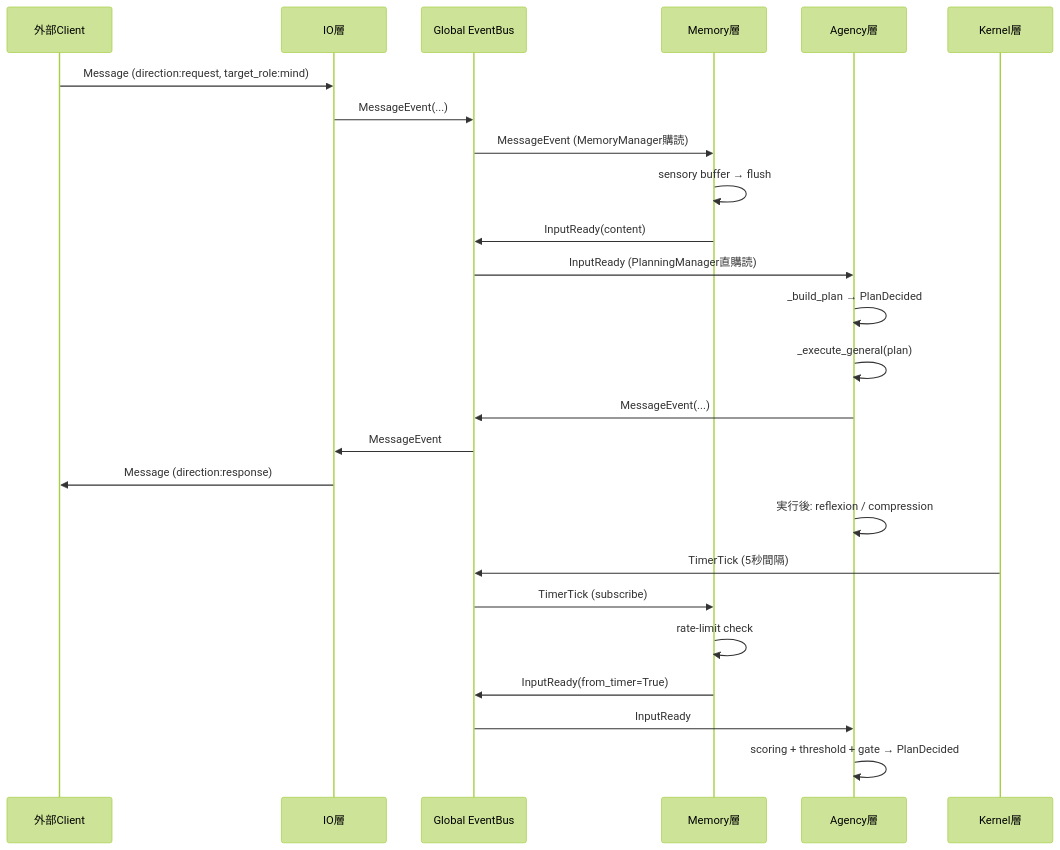
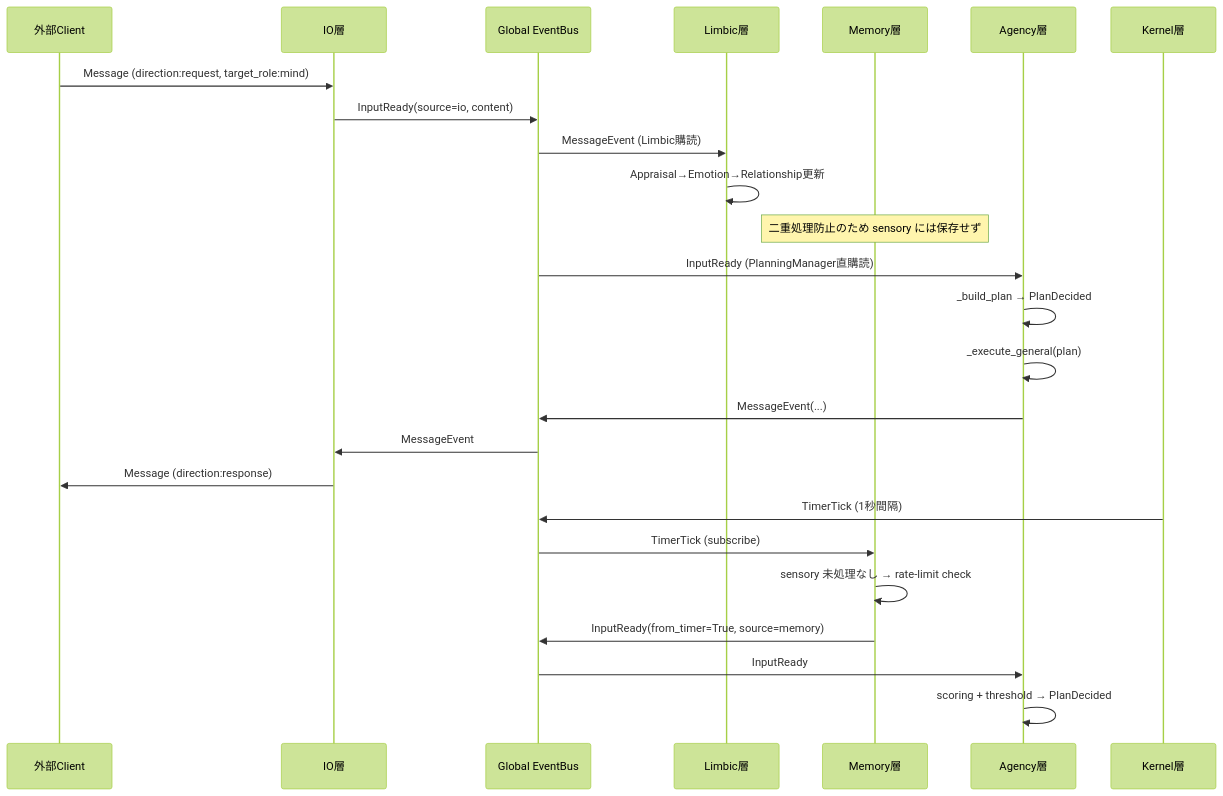
Before and after one commit to ibukani/iris-mind: the second of 4 diagrams in docs/architecture.md, drawn with Mermaid (forest theme). The commit also changed other lines of this file and 359 other files, not shown here.

````diff
--- a/docs/architecture.md
+++ b/docs/architecture.md
@@ -90,29 +101,29 @@
 ```mermaid
 sequenceDiagram
     participant TCP as 外部Client
     participant IO as IO層
     participant EB as Global EventBus
+    participant LIM as Limbic層
     participant MEM as Memory層
     participant AG as Agency層
     participant KRN as Kernel層
 
     TCP->>IO: Message (direction:request, target_role:mind)
-    IO->>EB: MessageEvent(...)
-    EB->>MEM: MessageEvent (MemoryManager購読)
-    MEM->>MEM: sensory buffer → flush
-    MEM->>EB: InputReady(content)
+    IO->>EB: InputReady(source=io, content)
+    EB->>LIM: MessageEvent (Limbic購読)
+    LIM->>LIM: Appraisal→Emotion→Relationship更新
+    Note over MEM: 二重処理防止のため sensory には保存せず
     EB->>AG: InputReady (PlanningManager直購読)
     AG->>AG: _build_plan → PlanDecided
     AG->>AG: _execute_general(plan)
     AG->>EB: MessageEvent(...)
     EB->>IO: MessageEvent
     IO->>TCP: Message (direction:response)
-    AG->>AG: 実行後: reflexion / compression
 
-    KRN->>EB: TimerTick (5秒間隔)
+    KRN->>EB: TimerTick (1秒間隔)
     EB->>MEM: TimerTick (subscribe)
-    MEM->>MEM: rate-limit check
-    MEM->>EB: InputReady(from_timer=True)
+    MEM->>MEM: sensory 未処理なし → rate-limit check
+    MEM->>EB: InputReady(from_timer=True, source=memory)
     EB->>AG: InputReady
-    AG->>AG: scoring + threshold + gate → PlanDecided
+    AG->>AG: scoring + threshold → PlanDecided
 ```
````
